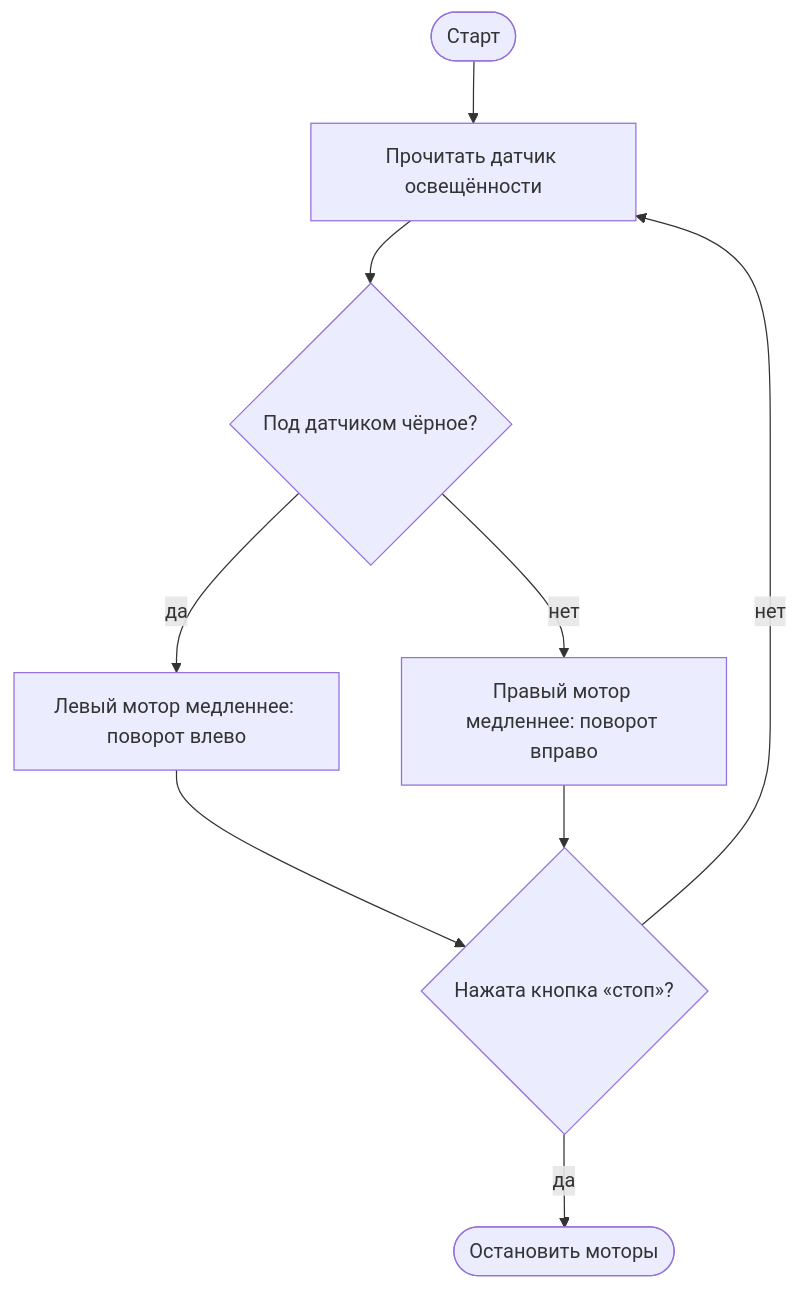
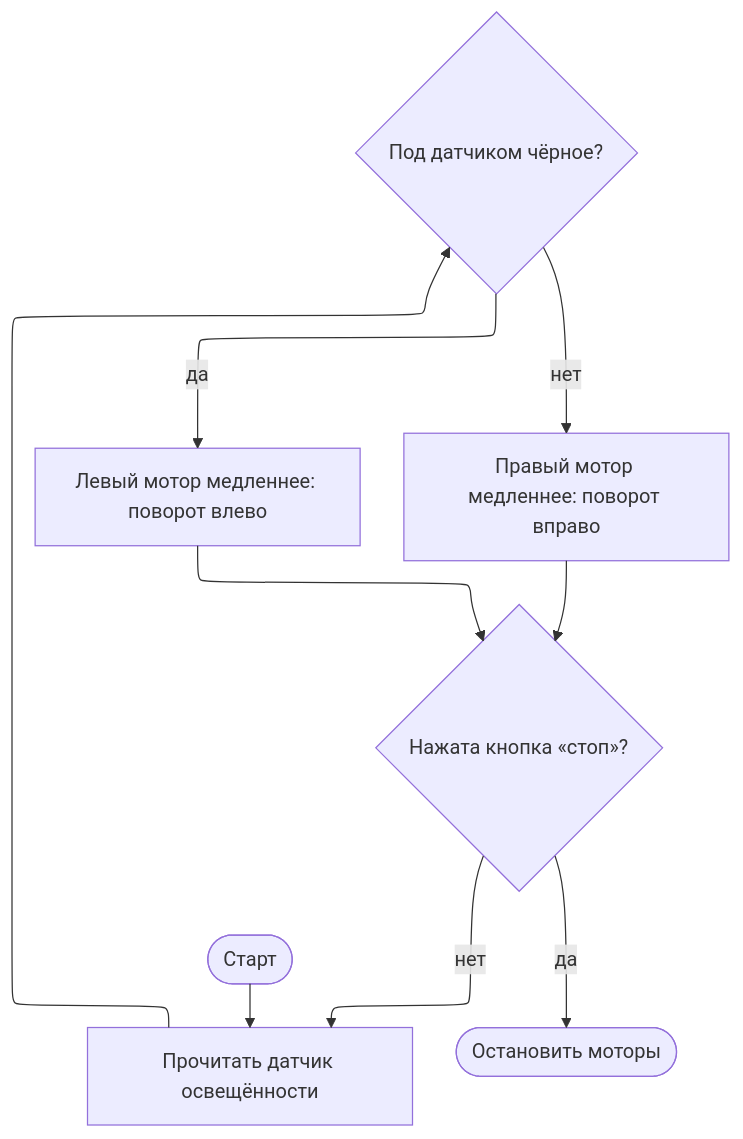
One commit to kscht/spiridus-docs changed the fifth of 8 diagrams in examples/documents/25-arts-tech.md. Above: the diagram before and after it, drawn with Mermaid. The commit also changed other lines of this file and 56 other files, not shown here.

````diff
--- a/examples/documents/25-arts-tech.md
+++ b/examples/documents/25-arts-tech.md
@@ -333,11 +348,15 @@
 ```mermaid
+---
+config:
+  layout: elk
+---
 flowchart TD
   A([Старт]) --> B[Прочитать датчик освещённости]
   B --> C{Под датчиком чёрное?}
   C -- да --> D[Левый мотор медленнее: поворот влево]
   C -- нет --> E[Правый мотор медленнее: поворот вправо]
   D --> F{Нажата кнопка «стоп»?}
   E --> F
   F -- нет --> B
   F -- да --> G([Остановить моторы])
 ```
````
